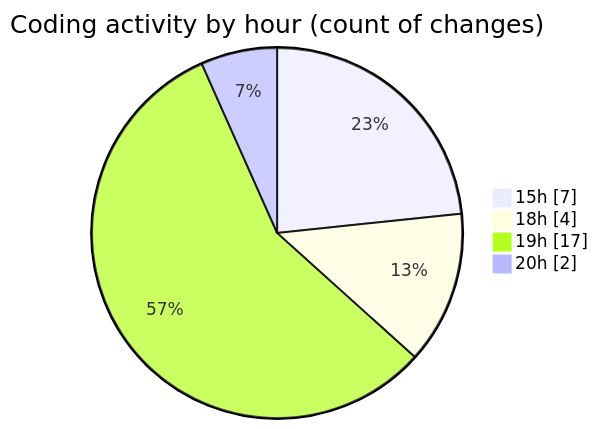
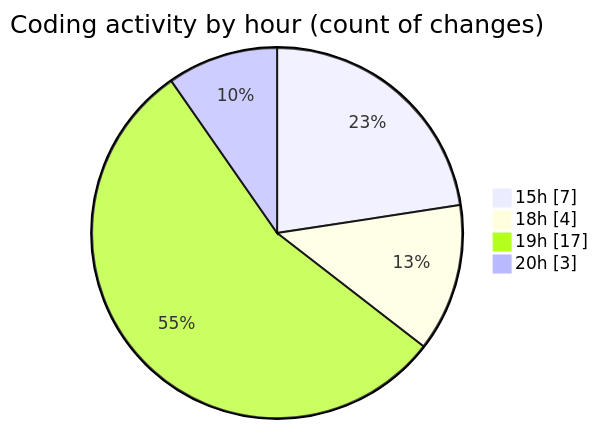
One commit to donsfak/code-tracking changed the second of 2 diagrams in 2025-02-08/maps_clone/README.md. Above: the diagram before and after it, drawn with Mermaid. The commit also changed other lines of this file and 1 other file, not shown here.

````diff
--- a/2025-02-08/maps_clone/README.md
+++ b/2025-02-08/maps_clone/README.md
@@ -32,8 +32,8 @@
 ```mermaid
 pie showData
 title Coding activity by hour (count of changes)
 "15h" : 7
 "18h" : 4
 "19h" : 17
-"20h" : 2
+"20h" : 3
 ```
````
